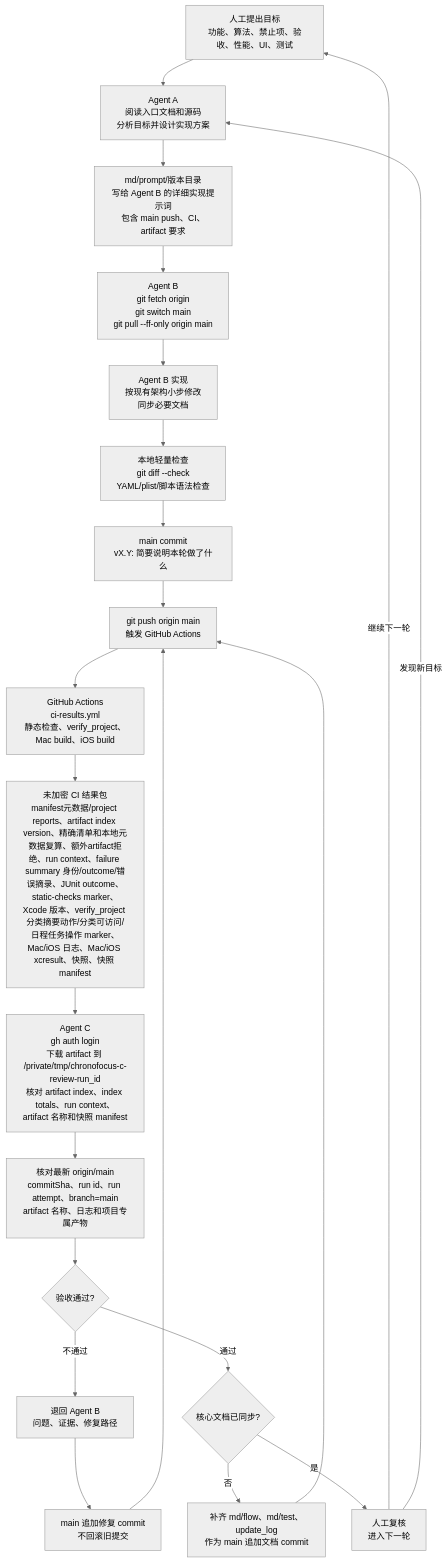
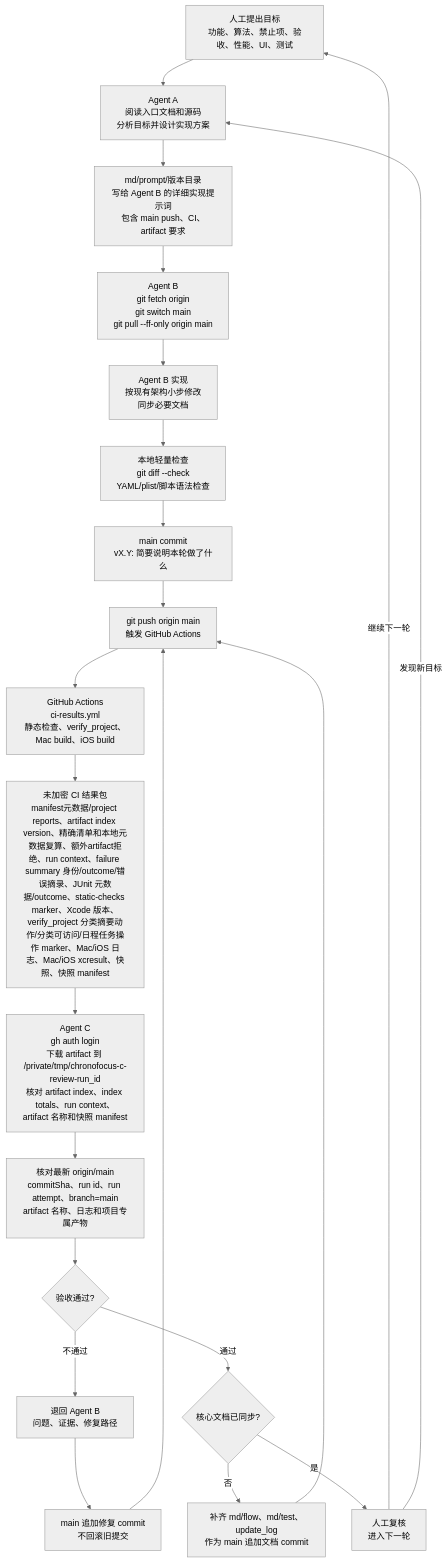
One commit to Altman-sam114/114 changed the fifth of 6 diagrams in md/flow/flowchart.md. Above: the diagram before and after it, drawn with Mermaid (neutral theme). The commit also changed other lines of this file and 7 other files, not shown here.

Commit message:
v0.60: 复判 JUnit 元数据

````diff
--- a/md/flow/flowchart.md
+++ b/md/flow/flowchart.md
@@ -102,24 +102,24 @@
 ```mermaid
 flowchart TD
   H["人工提出目标<br/>功能、算法、禁止项、验收、性能、UI、测试"] --> A["Agent A<br/>阅读入口文档和源码<br/>分析目标并设计实现方案"]
   A --> P["md/prompt/版本目录<br/>写给 Agent B 的详细实现提示词<br/>包含 main push、CI、artifact 要求"]
   P --> B0["Agent B<br/>git fetch origin<br/>git switch main<br/>git pull --ff-only origin main"]
   B0 --> B1["Agent B 实现<br/>按现有架构小步修改<br/>同步必要文档"]
   B1 --> L["本地轻量检查<br/>git diff --check<br/>YAML/plist/脚本语法检查"]
   L --> G["main commit<br/>vX.Y: 简要说明本轮做了什么"]
   G --> PUSH["git push origin main<br/>触发 GitHub Actions"]
   PUSH --> CI["GitHub Actions<br/>ci-results.yml<br/>静态检查、verify_project、Mac build、iOS build"]
-  CI --> ART["未加密 CI 结果包<br/>manifest元数据/project reports、artifact index version、精确清单和本地元数据复算、额外artifact拒绝、run context、failure summary 身份/outcome/错误摘录、JUnit outcome、static-checks marker、Xcode 版本、verify_project 分类摘要动作/分类可访问/日程任务操作 marker、Mac/iOS 日志、Mac/iOS xcresult、快照、快照 manifest"]
+  CI --> ART["未加密 CI 结果包<br/>manifest元数据/project reports、artifact index version、精确清单和本地元数据复算、额外artifact拒绝、run context、failure summary 身份/outcome/错误摘录、JUnit 元数据/outcome、static-checks marker、Xcode 版本、verify_project 分类摘要动作/分类可访问/日程任务操作 marker、Mac/iOS 日志、Mac/iOS xcresult、快照、快照 manifest"]
   ART --> C["Agent C<br/>gh auth login<br/>下载 artifact 到 /private/tmp/chronofocus-c-review-run_id<br/>核对 artifact index、index totals、run context、artifact 名称和快照 manifest"]
   C --> V["核对最新 origin/main<br/>commitSha、run id、run attempt、branch=main<br/>artifact 名称、日志和项目专属产物"]
   V --> PASS{"验收通过?"}
   PASS -->|不通过| BACK["退回 Agent B<br/>问题、证据、修复路径"]
   BACK --> FIX["main 追加修复 commit<br/>不回滚旧提交"]
   FIX --> PUSH
   PASS -->|通过| DOC{"核心文档已同步?"}
   DOC -->|否| D["补齐 md/flow、md/test、update_log<br/>作为 main 追加文档 commit"]
   D --> PUSH
   DOC -->|是| J["人工复核<br/>进入下一轮"]
   J -->|继续下一轮| H
   J -->|发现新目标| A
 ```
````
